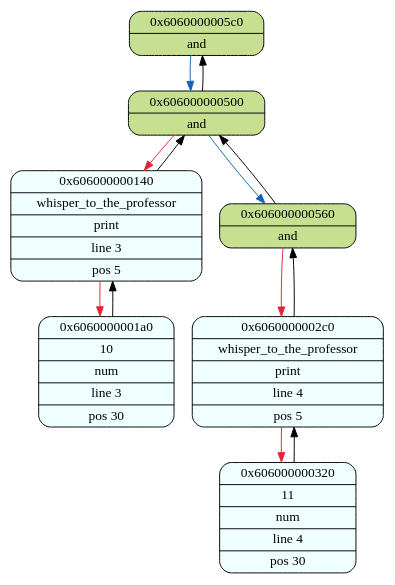
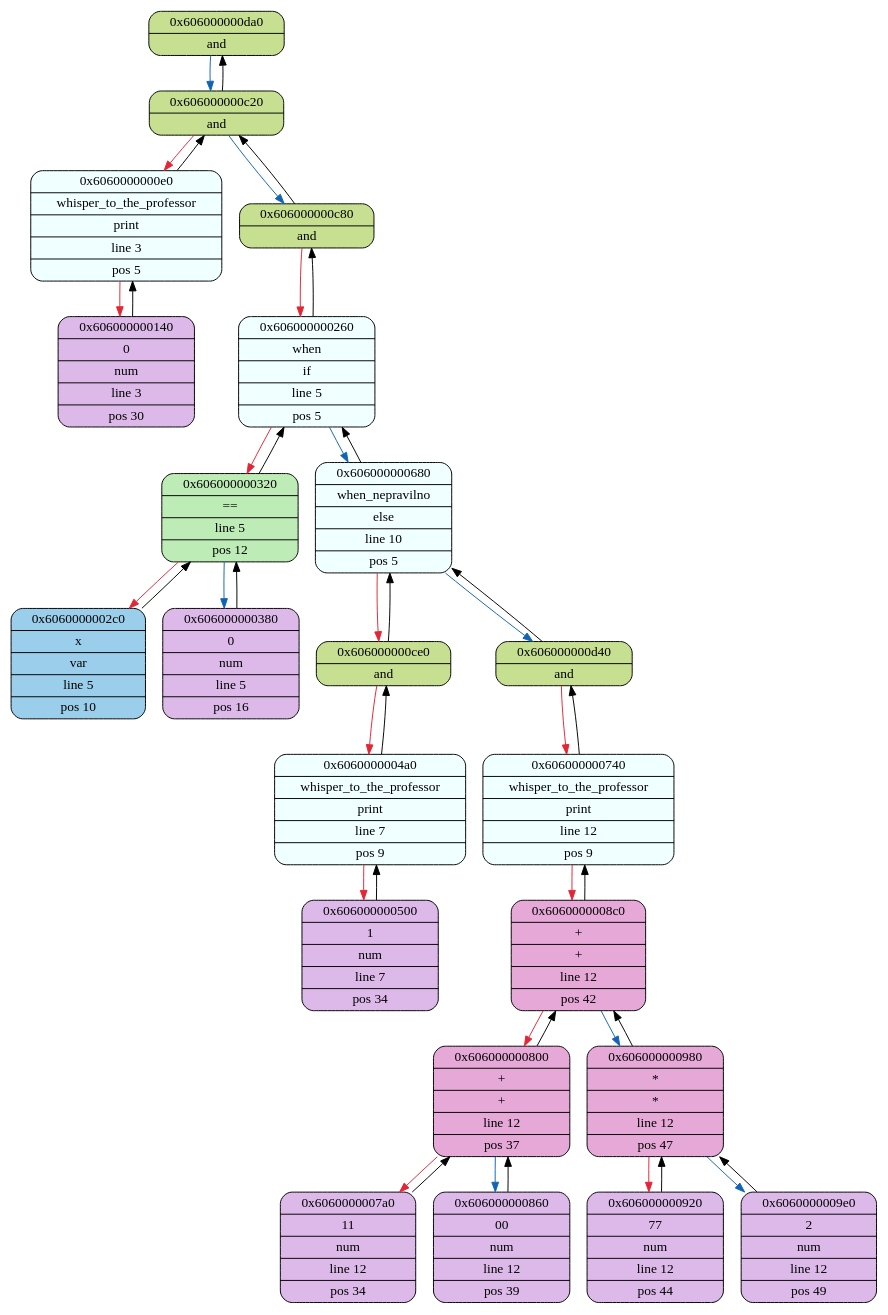
One commit to 2APetrin/MIPT_language changed the diagram in frontend/logs/log_graphviz.dot. Above: the diagram before and after it, drawn with Graphviz. The commit also changed 8 other files, not shown here.

```diff
--- a/frontend/logs/log_graphviz.dot
+++ b/frontend/logs/log_graphviz.dot
@@ -1,22 +1,67 @@
 digraph
 {
-    node_0x6060000005c0[shape = Mrecord, label = "{{0x6060000005c0} | {and}}", style = "filled", fillcolor = "#C6DF90"];
-    node_0x606000000500[shape = Mrecord, label = "{{0x606000000500} | {and}}", style = "filled", fillcolor = "#C6DF90"];
-    node_0x606000000140[shape = Mrecord, label = "{{0x606000000140} | {whisper_to_the_professor} | {print} | {line 3} | {pos 5}}", style = "filled", fillcolor = "#F0FFFF"];
-    node_0x6060000001a0[shape = Mrecord, label = "{{0x6060000001a0} | {10} | {num} | {line 3} | {pos 30}}", style = "filled", fillcolor = "#F0FFFF"];
-    node_0x606000000560[shape = Mrecord, label = "{{0x606000000560} | {and}}", style = "filled", fillcolor = "#C6DF90"];
-    node_0x6060000002c0[shape = Mrecord, label = "{{0x6060000002c0} | {whisper_to_the_professor} | {print} | {line 4} | {pos 5}}", style = "filled", fillcolor = "#F0FFFF"];
-    node_0x606000000320[shape = Mrecord, label = "{{0x606000000320} | {11} | {num} | {line 4} | {pos 30}}", style = "filled", fillcolor = "#F0FFFF"];
-    node_0x606000000500->node_0x6060000005c0 [color = "#000000"];
-    node_0x6060000005c0->node_0x606000000500 [color = "#1164B4"];
-    node_0x606000000140->node_0x606000000500 [color = "#000000"];
-    node_0x606000000500->node_0x606000000140 [color = "#E32636"];
-    node_0x6060000001a0->node_0x606000000140 [color = "#000000"];
-    node_0x606000000140->node_0x6060000001a0 [color = "#E32636"];
-    node_0x606000000560->node_0x606000000500 [color = "#000000"];
-    node_0x606000000500->node_0x606000000560 [color = "#1164B4"];
-    node_0x6060000002c0->node_0x606000000560 [color = "#000000"];
-    node_0x606000000560->node_0x6060000002c0 [color = "#E32636"];
-    node_0x606000000320->node_0x6060000002c0 [color = "#000000"];
-    node_0x6060000002c0->node_0x606000000320 [color = "#E32636"];
+    node_0x606000000da0[shape = Mrecord, label = "{{0x606000000da0} | {and}}", style = "filled", fillcolor = "#C6DF90"];
+    node_0x606000000c20[shape = Mrecord, label = "{{0x606000000c20} | {and}}", style = "filled", fillcolor = "#C6DF90"];
+    node_0x6060000000e0[shape = Mrecord, label = "{{0x6060000000e0} | {whisper_to_the_professor} | {print} | {line 3} | {pos 5}}", style = "filled", fillcolor = "#F0FFFF"];
+    node_0x606000000140[shape = Mrecord, label = "{{0x606000000140} | {0} | {num} | {line 3} | {pos 30}}", style = "filled", fillcolor = "#DDB9E9"];
+    node_0x606000000c80[shape = Mrecord, label = "{{0x606000000c80} | {and}}", style = "filled", fillcolor = "#C6DF90"];
+    node_0x606000000260[shape = Mrecord, label = "{{0x606000000260} | {when} | {if} | {line 5} | {pos 5}}", style = "filled", fillcolor = "#F0FFFF"];
+    node_0x606000000320[shape = Mrecord, label = "{{0x606000000320} | {==} | {line 5} | {pos 12}}", style = "filled", fillcolor = "#BDECB6"];
+    node_0x6060000002c0[shape = Mrecord, label = "{{0x6060000002c0} | {x} | {var} | {line 5} | {pos 10}}", style = "filled", fillcolor = "#9ACEEB"];
+    node_0x606000000380[shape = Mrecord, label = "{{0x606000000380} | {0} | {num} | {line 5} | {pos 16}}", style = "filled", fillcolor = "#DDB9E9"];
+    node_0x606000000680[shape = Mrecord, label = "{{0x606000000680} | {when_nepravilno} | {else} | {line 10} | {pos 5}}", style = "filled", fillcolor = "#F0FFFF"];
+    node_0x606000000ce0[shape = Mrecord, label = "{{0x606000000ce0} | {and}}", style = "filled", fillcolor = "#C6DF90"];
+    node_0x6060000004a0[shape = Mrecord, label = "{{0x6060000004a0} | {whisper_to_the_professor} | {print} | {line 7} | {pos 9}}", style = "filled", fillcolor = "#F0FFFF"];
+    node_0x606000000500[shape = Mrecord, label = "{{0x606000000500} | {1} | {num} | {line 7} | {pos 34}}", style = "filled", fillcolor = "#DDB9E9"];
+    node_0x606000000d40[shape = Mrecord, label = "{{0x606000000d40} | {and}}", style = "filled", fillcolor = "#C6DF90"];
+    node_0x606000000740[shape = Mrecord, label = "{{0x606000000740} | {whisper_to_the_professor} | {print} | {line 12} | {pos 9}}", style = "filled", fillcolor = "#F0FFFF"];
+    node_0x6060000008c0[shape = Mrecord, label = "{{0x6060000008c0} | {+} | {+} | {line 12} | {pos 42}}", style = "filled", fillcolor = "#E6A8D7"];
+    node_0x606000000800[shape = Mrecord, label = "{{0x606000000800} | {+} | {+} | {line 12} | {pos 37}}", style = "filled", fillcolor = "#E6A8D7"];
+    node_0x6060000007a0[shape = Mrecord, label = "{{0x6060000007a0} | {11} | {num} | {line 12} | {pos 34}}", style = "filled", fillcolor = "#DDB9E9"];
+    node_0x606000000860[shape = Mrecord, label = "{{0x606000000860} | {00} | {num} | {line 12} | {pos 39}}", style = "filled", fillcolor = "#DDB9E9"];
+    node_0x606000000980[shape = Mrecord, label = "{{0x606000000980} | {*} | {*} | {line 12} | {pos 47}}", style = "filled", fillcolor = "#E6A8D7"];
+    node_0x606000000920[shape = Mrecord, label = "{{0x606000000920} | {77} | {num} | {line 12} | {pos 44}}", style = "filled", fillcolor = "#DDB9E9"];
+    node_0x6060000009e0[shape = Mrecord, label = "{{0x6060000009e0} | {2} | {num} | {line 12} | {pos 49}}", style = "filled", fillcolor = "#DDB9E9"];
+    node_0x606000000c20->node_0x606000000da0 [color = "#000000"];
+    node_0x606000000da0->node_0x606000000c20 [color = "#1164B4"];
+    node_0x6060000000e0->node_0x606000000c20 [color = "#000000"];
+    node_0x606000000c20->node_0x6060000000e0 [color = "#E32636"];
+    node_0x606000000140->node_0x6060000000e0 [color = "#000000"];
+    node_0x6060000000e0->node_0x606000000140 [color = "#E32636"];
+    node_0x606000000c80->node_0x606000000c20 [color = "#000000"];
+    node_0x606000000c20->node_0x606000000c80 [color = "#1164B4"];
+    node_0x606000000260->node_0x606000000c80 [color = "#000000"];
+    node_0x606000000c80->node_0x606000000260 [color = "#E32636"];
+    node_0x606000000320->node_0x606000000260 [color = "#000000"];
+    node_0x606000000260->node_0x606000000320 [color = "#E32636"];
+    node_0x6060000002c0->node_0x606000000320 [color = "#000000"];
+    node_0x606000000320->node_0x6060000002c0 [color = "#E32636"];
+    node_0x606000000380->node_0x606000000320 [color = "#000000"];
+    node_0x606000000320->node_0x606000000380 [color = "#1164B4"];
+    node_0x606000000680->node_0x606000000260 [color = "#000000"];
+    node_0x606000000260->node_0x606000000680 [color = "#1164B4"];
+    node_0x606000000ce0->node_0x606000000680 [color = "#000000"];
+    node_0x606000000680->node_0x606000000ce0 [color = "#E32636"];
+    node_0x6060000004a0->node_0x606000000ce0 [color = "#000000"];
+    node_0x606000000ce0->node_0x6060000004a0 [color = "#E32636"];
+    node_0x606000000500->node_0x6060000004a0 [color = "#000000"];
+    node_0x6060000004a0->node_0x606000000500 [color = "#E32636"];
+    node_0x606000000d40->node_0x606000000680 [color = "#000000"];
+    node_0x606000000680->node_0x606000000d40 [color = "#1164B4"];
+    node_0x606000000740->node_0x606000000d40 [color = "#000000"];
+    node_0x606000000d40->node_0x606000000740 [color = "#E32636"];
+    node_0x6060000008c0->node_0x606000000740 [color = "#000000"];
+    node_0x606000000740->node_0x6060000008c0 [color = "#E32636"];
+    node_0x606000000800->node_0x6060000008c0 [color = "#000000"];
+    node_0x6060000008c0->node_0x606000000800 [color = "#E32636"];
+    node_0x6060000007a0->node_0x606000000800 [color = "#000000"];
+    node_0x606000000800->node_0x6060000007a0 [color = "#E32636"];
+    node_0x606000000860->node_0x606000000800 [color = "#000000"];
+    node_0x606000000800->node_0x606000000860 [color = "#1164B4"];
+    node_0x606000000980->node_0x6060000008c0 [color = "#000000"];
+    node_0x6060000008c0->node_0x606000000980 [color = "#1164B4"];
+    node_0x606000000920->node_0x606000000980 [color = "#000000"];
+    node_0x606000000980->node_0x606000000920 [color = "#E32636"];
+    node_0x6060000009e0->node_0x606000000980 [color = "#000000"];
+    node_0x606000000980->node_0x6060000009e0 [color = "#1164B4"];
 }
```
